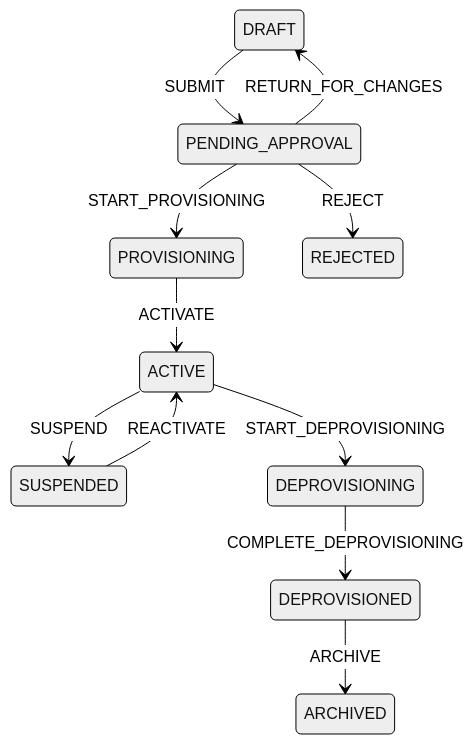
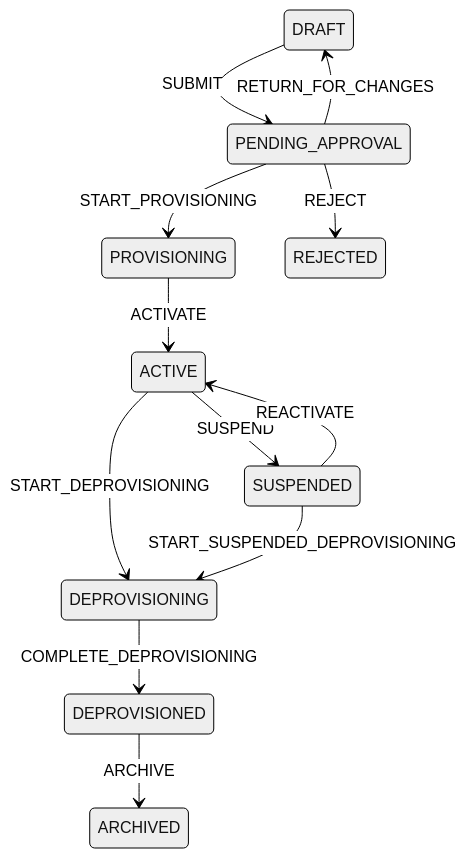
Before and after one commit to kevogaba/finaxis-platform: the first of 5 diagrams in docs/architecture/lifecycle-fsm.md, drawn with Mermaid (neutral theme). The commit also changed other lines of this file and 8 other files, not shown here.

````diff
--- a/docs/architecture/lifecycle-fsm.md
+++ b/docs/architecture/lifecycle-fsm.md
@@ -10,13 +10,14 @@
 ```mermaid
 stateDiagram-v2
     DRAFT --> PENDING_APPROVAL: SUBMIT
     PENDING_APPROVAL --> PROVISIONING: START_PROVISIONING
     PROVISIONING --> ACTIVE: ACTIVATE
     PENDING_APPROVAL --> REJECTED: REJECT
     PENDING_APPROVAL --> DRAFT: RETURN_FOR_CHANGES
     ACTIVE --> SUSPENDED: SUSPEND
     SUSPENDED --> ACTIVE: REACTIVATE
     ACTIVE --> DEPROVISIONING: START_DEPROVISIONING
+    SUSPENDED --> DEPROVISIONING: START_SUSPENDED_DEPROVISIONING
     DEPROVISIONING --> DEPROVISIONED: COMPLETE_DEPROVISIONING
     DEPROVISIONED --> ARCHIVED: ARCHIVE
 ```
````
